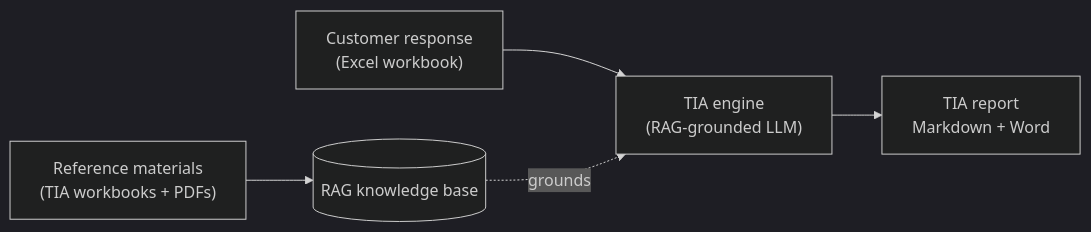
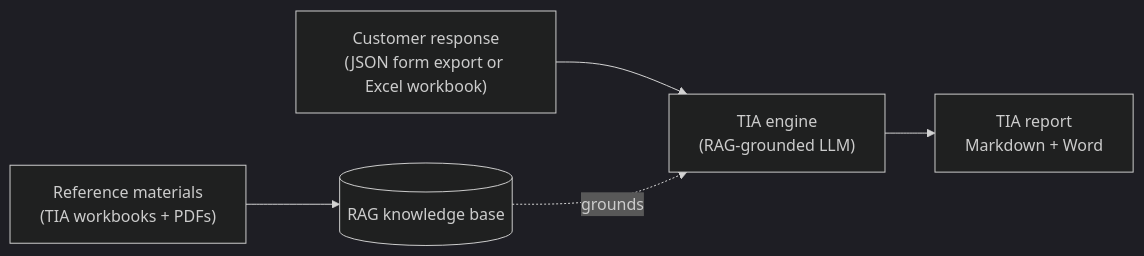
Before and after one commit to alfredlauyongfu/OnlineTIA: the first of 2 diagrams in README.md, drawn with Mermaid (dark theme). The commit also changed other lines of this file and 1 other file, not shown here.

````diff
--- a/README.md
+++ b/README.md
@@ -20,7 +21,7 @@
 ```mermaid
 flowchart LR
     REF["Reference materials<br/>(TIA workbooks + PDFs)"] --> KB[("RAG knowledge base")]
-    CUST["Customer response<br/>(Excel workbook)"] --> ENGINE["TIA engine<br/>(RAG-grounded LLM)"]
+    CUST["Customer response<br/>(JSON form export or Excel workbook)"] --> ENGINE["TIA engine<br/>(RAG-grounded LLM)"]
     KB -. grounds .-> ENGINE
     ENGINE --> OUT["TIA report<br/>Markdown + Word"]
 ```
````
